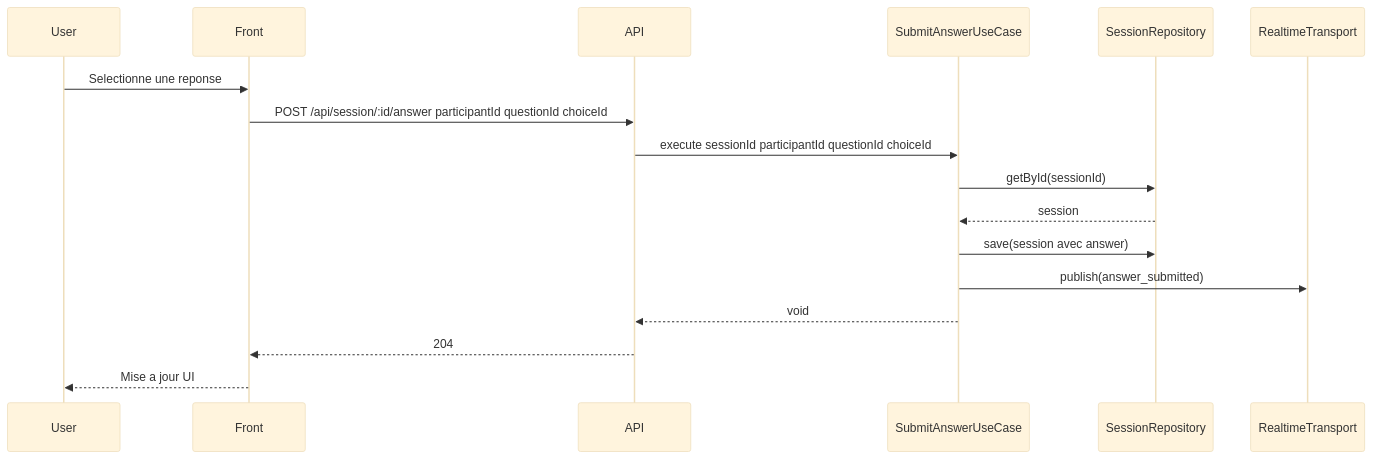
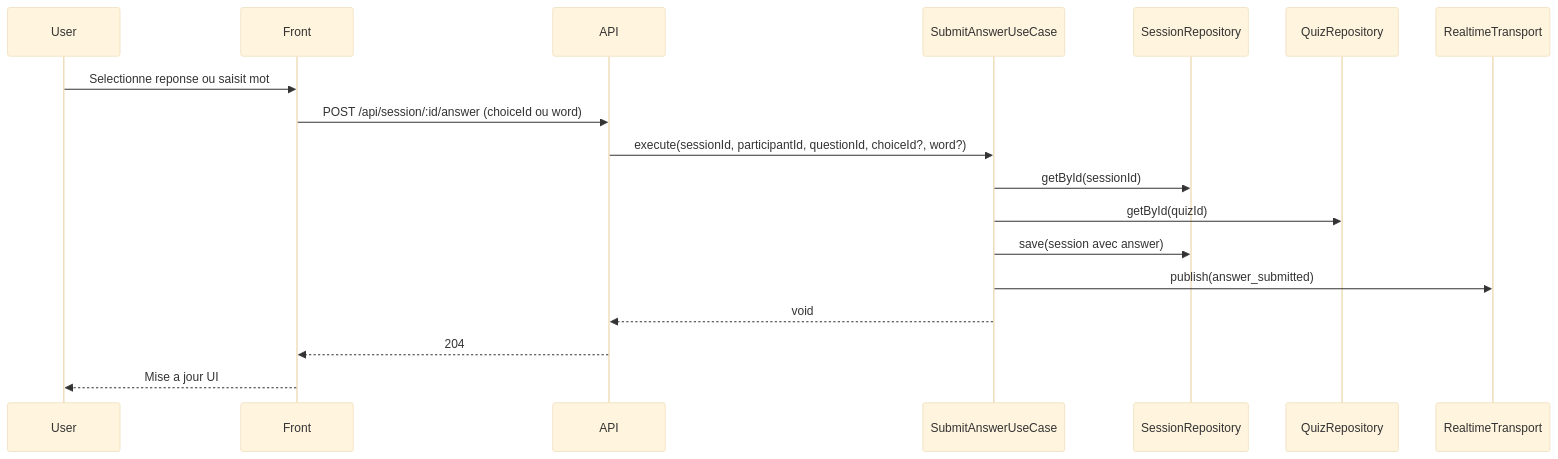
Before and after one commit to gbaratie/kahin: the fourth of 5 diagrams in docs/ARCHITECTURE.md, drawn with Mermaid (base theme). The commit also changed other lines of this file and 19 other files, not shown here.

````diff
--- a/docs/ARCHITECTURE.md
+++ b/docs/ARCHITECTURE.md
@@ -201,20 +206,21 @@
 ```mermaid
 sequenceDiagram
   participant User
   participant Front
   participant API
   participant SubmitAnswerUseCase
   participant SessionRepository
+  participant QuizRepository
   participant RealtimeTransport
 
-  User->>Front: Selectionne une reponse
-  Front->>API: POST /api/session/:id/answer participantId questionId choiceId
-  API->>SubmitAnswerUseCase: execute sessionId participantId questionId choiceId
+  User->>Front: Selectionne reponse ou saisit mot
+  Front->>API: POST /api/session/:id/answer (choiceId ou word)
+  API->>SubmitAnswerUseCase: execute(sessionId, participantId, questionId, choiceId?, word?)
   SubmitAnswerUseCase->>SessionRepository: getById(sessionId)
-  SessionRepository-->>SubmitAnswerUseCase: session
+  SubmitAnswerUseCase->>QuizRepository: getById(quizId)
   SubmitAnswerUseCase->>SessionRepository: save(session avec answer)
   SubmitAnswerUseCase->>RealtimeTransport: publish(answer_submitted)
   SubmitAnswerUseCase-->>API: void
   API-->>Front: 204
   Front-->>User: Mise a jour UI
 ```
````
